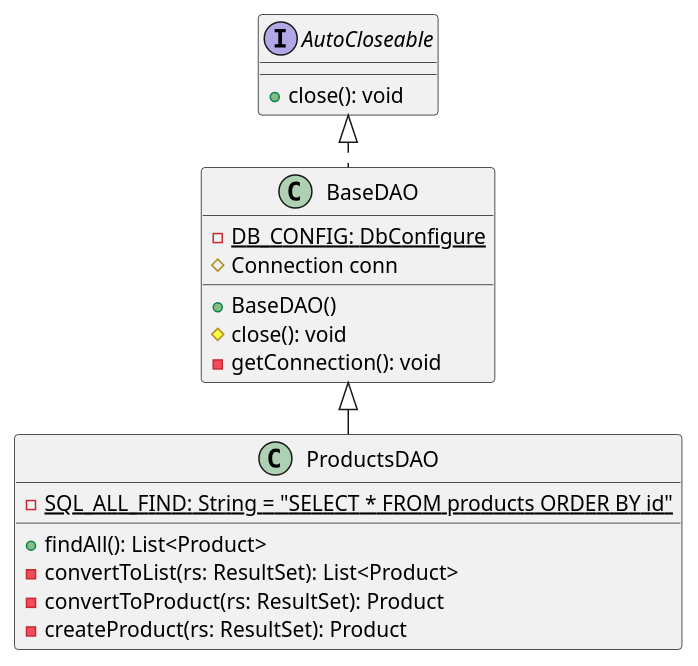
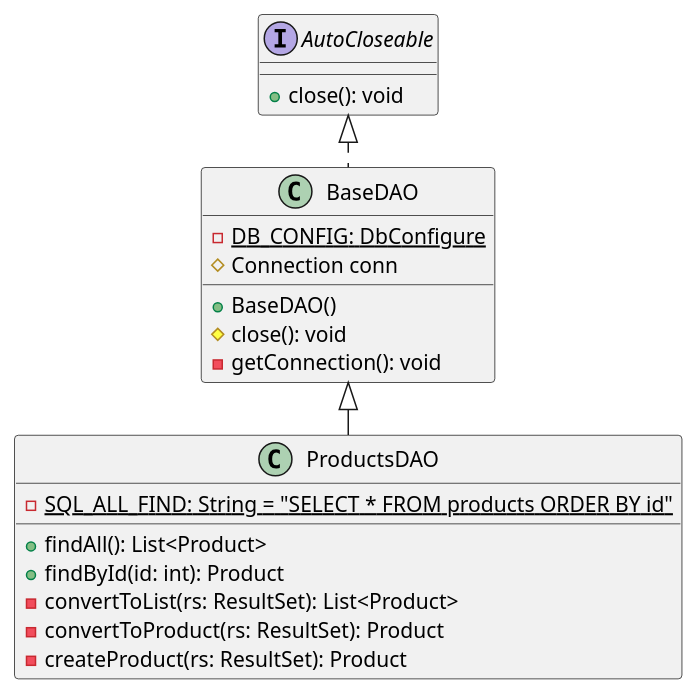
One commit to 612-teacher001/jbasic-dao-demo changed the diagram in docs/tutorials/dao/puml/productdao.puml. Above: the diagram before and after it, drawn with PlantUML. The commit also changed 7 other files, not shown here.

```diff
--- a/docs/tutorials/dao/puml/productdao.puml
+++ b/docs/tutorials/dao/puml/productdao.puml
@@ -1,46 +1,48 @@
 @startuml ProductDAO
 left to right direction
 
 interface AutoCloseable {
   ' 抽象メソッド
   {method} +close(): void
 }
 
 class BaseDAO {
   {static} -DB_CONFIG: DbConfigure
   {field}  #Connection conn
   '
   ' コンストラクタ
   {method} +BaseDAO()
   '
   ' 限定公開メソッド：継承クラスからの利用のみ許可
   {method} #close(): void
   '
   ' 内部メソッド
   {method} -getConnection(): void
 }
 
 class ProductsDAO {
   ' SQL文字列
   {static} -SQL_ALL_FIND: String = "SELECT * FROM products ORDER BY id"
   '
   ' 公開メソッド：CRUD操作実行メソッド
   {method} +findAll(): List<Product>
+  {method} +findById(id: int): Product
+  ' 
   ' 補助メソッド（非公開）
   {method} -convertToList(rs: ResultSet): List<Product>
   {method} -convertToProduct(rs: ResultSet): Product
   {method} -createProduct(rs: ResultSet): Product
 }
 
 ' 継承関係
 AutoCloseable <|. BaseDAO
 BaseDAO <|- ProductsDAO
 
 /'
 note right of BaseDAO::close
   AutoCloseable の close() をオーバーライドしています。
   これは BaseDAO がリソースを正しく解放するために必要です。
 end note
 '/
 
 @enduml
```
